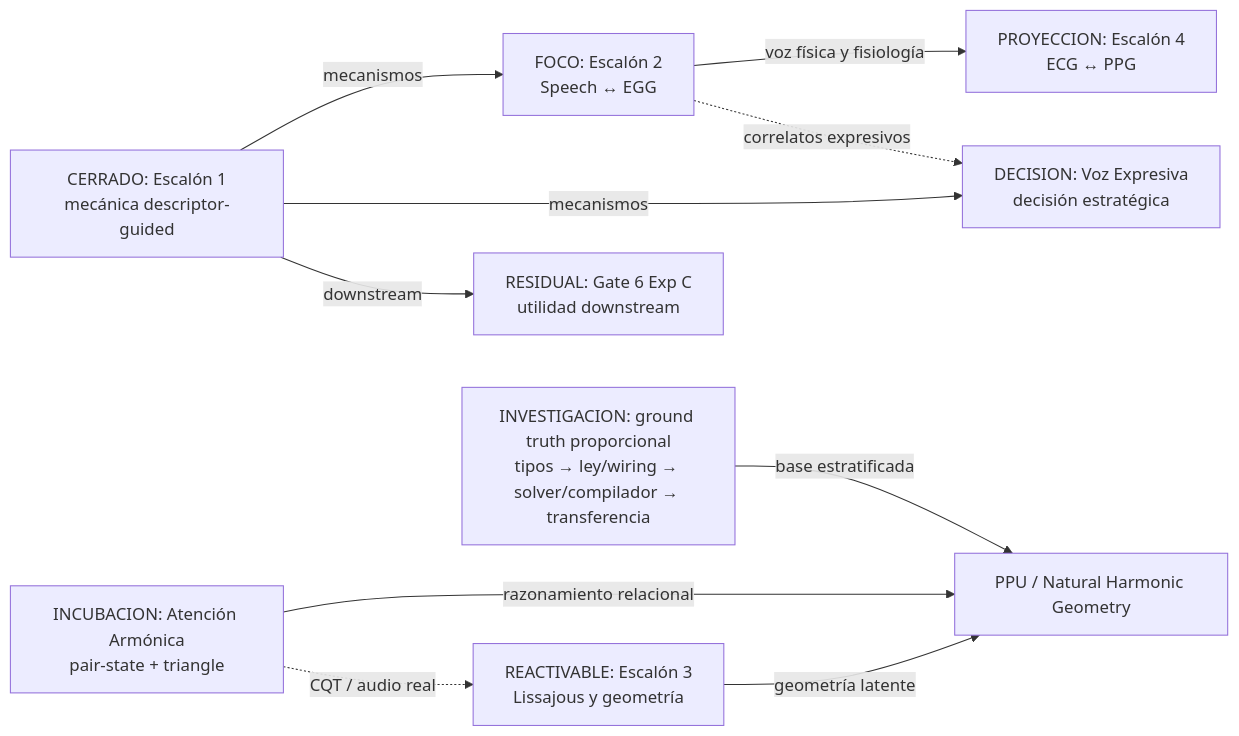
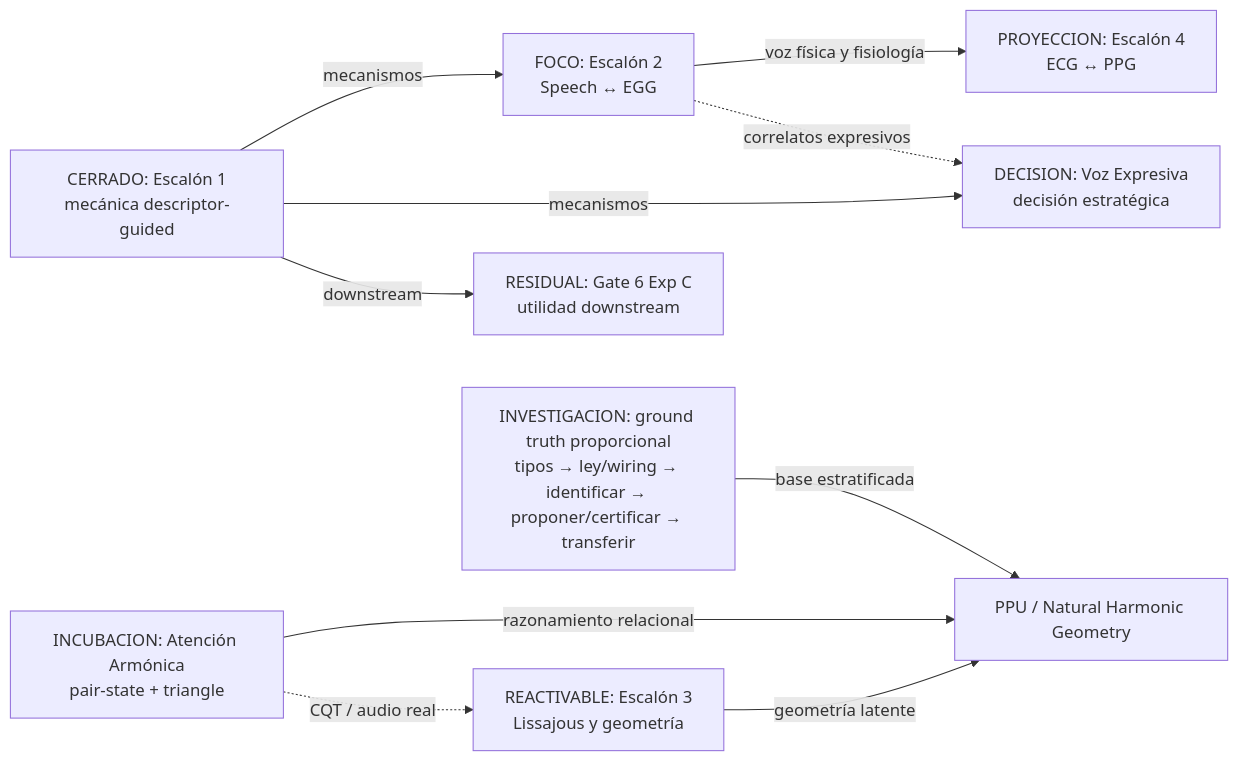
Before and after one commit to Mar-IA-no/Phideus: the first of 2 diagrams in Documents/05_WIKI/MAPA_VISUAL_DEL_PROGRAMA.md, drawn with Mermaid. The commit also changed other lines of this file and 10 other files, not shown here.

````diff
--- a/Documents/05_WIKI/MAPA_VISUAL_DEL_PROGRAMA.md
+++ b/Documents/05_WIKI/MAPA_VISUAL_DEL_PROGRAMA.md
@@ -36,22 +36,22 @@
 ```mermaid
 flowchart LR
     E1["CERRADO: Escalón 1<br/>mecánica descriptor-guided"]
     G6["RESIDUAL: Gate 6 Exp C<br/>utilidad downstream"]
     E2["FOCO: Escalón 2<br/>Speech ↔ EGG"]
     VE["DECISION: Voz Expresiva<br/>decisión estratégica"]
     E3["REACTIVABLE: Escalón 3<br/>Lissajous y geometría"]
     AA["INCUBACION: Atención Armónica<br/>pair-state + triangle"]
     E4["PROYECCION: Escalón 4<br/>ECG ↔ PPG"]
     PPU["PPU / Natural Harmonic Geometry"]
-    GT["INVESTIGACION: ground truth proporcional<br/>tipos → ley/wiring → solver/compilador → transferencia"]
+    GT["INVESTIGACION: ground truth proporcional<br/>tipos → ley/wiring → identificar → proponer/certificar → transferir"]
 
     E1 -->|mecanismos| E2
     E1 -->|mecanismos| VE
     E1 -->|downstream| G6
     E2 -->|voz física y fisiología| E4
     E2 -.->|correlatos expresivos| VE
     E3 -->|geometría latente| PPU
     AA -->|razonamiento relacional| PPU
     GT -->|base estratificada| PPU
     AA -.->|CQT / audio real| E3
 ```
````
